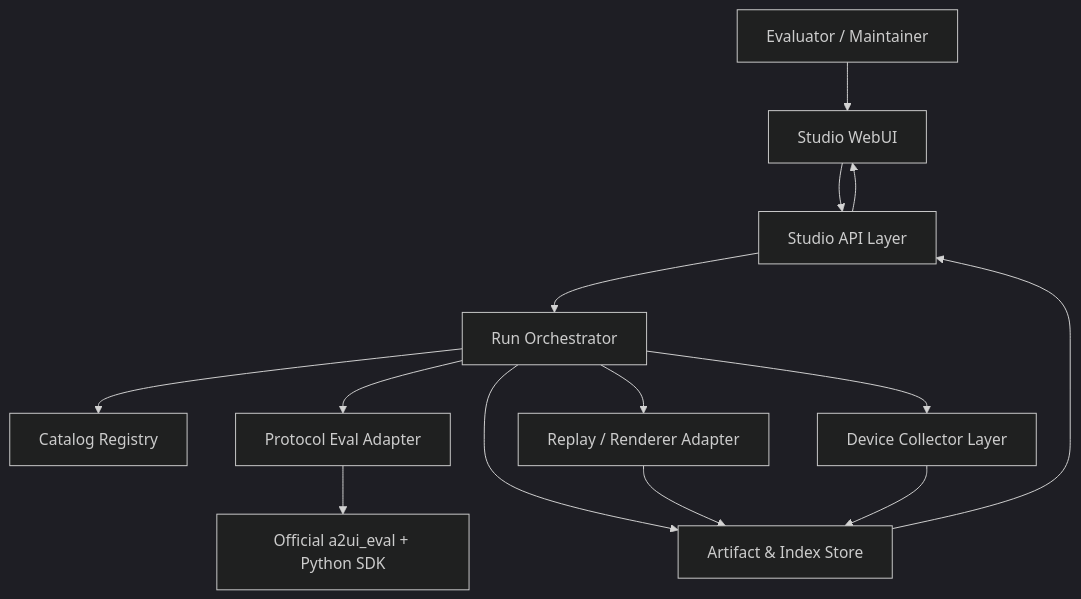
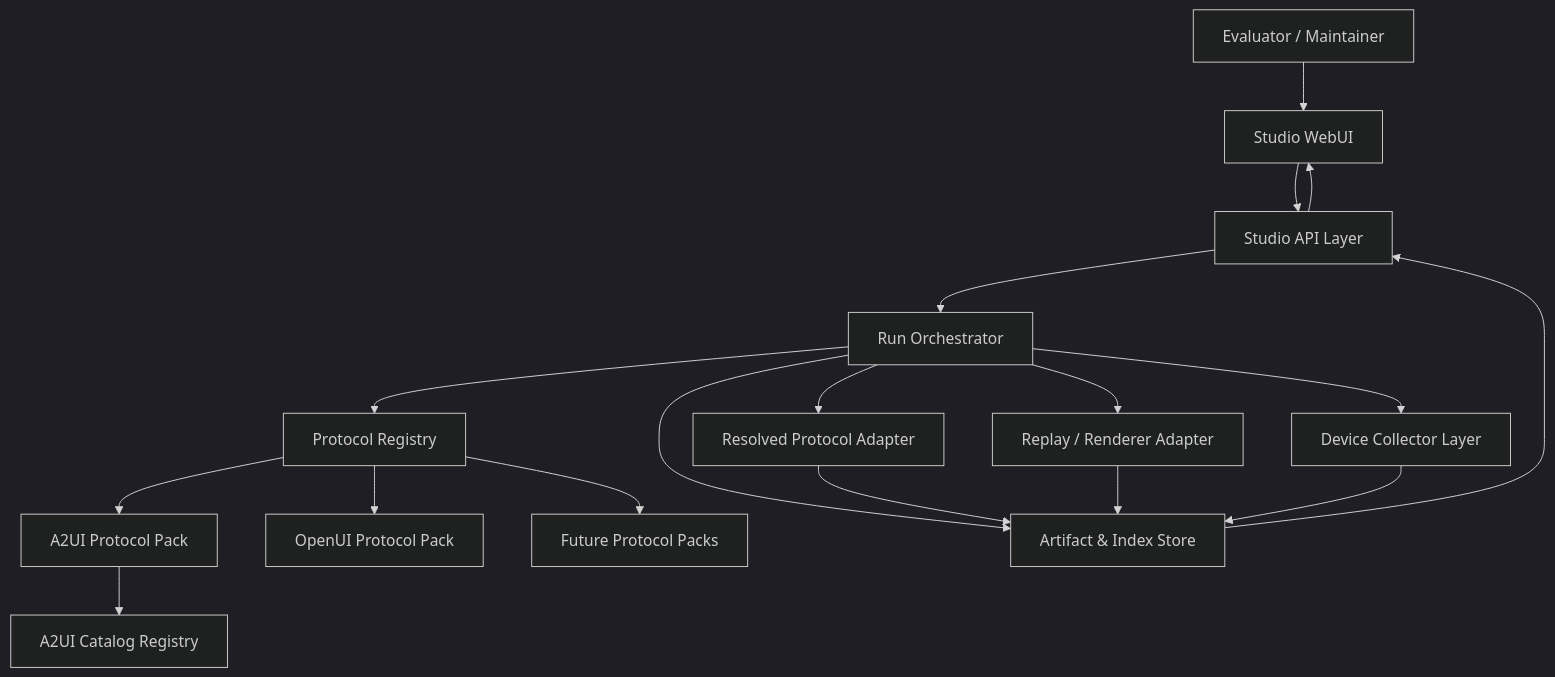
Before and after one commit to EndlessJour9527/A2UI: the first of 10 diagrams in docs/specification/eval-studio-v0.1.md, drawn with Mermaid (dark theme). The commit also changed other lines of this file and 3 other files, not shown here.

````diff
--- a/docs/specification/eval-studio-v0.1.md
+++ b/docs/specification/eval-studio-v0.1.md
@@ -163,16 +187,20 @@
 ```mermaid
 flowchart TD
     User[Evaluator / Maintainer] --> UI[Studio WebUI]
     UI --> API[Studio API Layer]
     API --> ORCH[Run Orchestrator]
-    ORCH --> REG[Catalog Registry]
-    ORCH --> ADAPTER[Protocol Eval Adapter]
-    ADAPTER --> OFFICIAL[Official a2ui_eval + Python SDK]
+    ORCH --> PREG[Protocol Registry]
+    PREG --> A2UI[A2UI Protocol Pack]
+    PREG --> OPENUI[OpenUI Protocol Pack]
+    PREG --> FUTURE[Future Protocol Packs]
+    A2UI --> A2UICAT[A2UI Catalog Registry]
+    ORCH --> ADAPTER[Resolved Protocol Adapter]
     ORCH --> STORE[Artifact & Index Store]
     ORCH --> REPLAY[Replay / Renderer Adapter]
     ORCH --> DEVICE[Device Collector Layer]
+    ADAPTER --> STORE
     REPLAY --> STORE
     DEVICE --> STORE
     STORE --> API
     API --> UI
 ```
````
